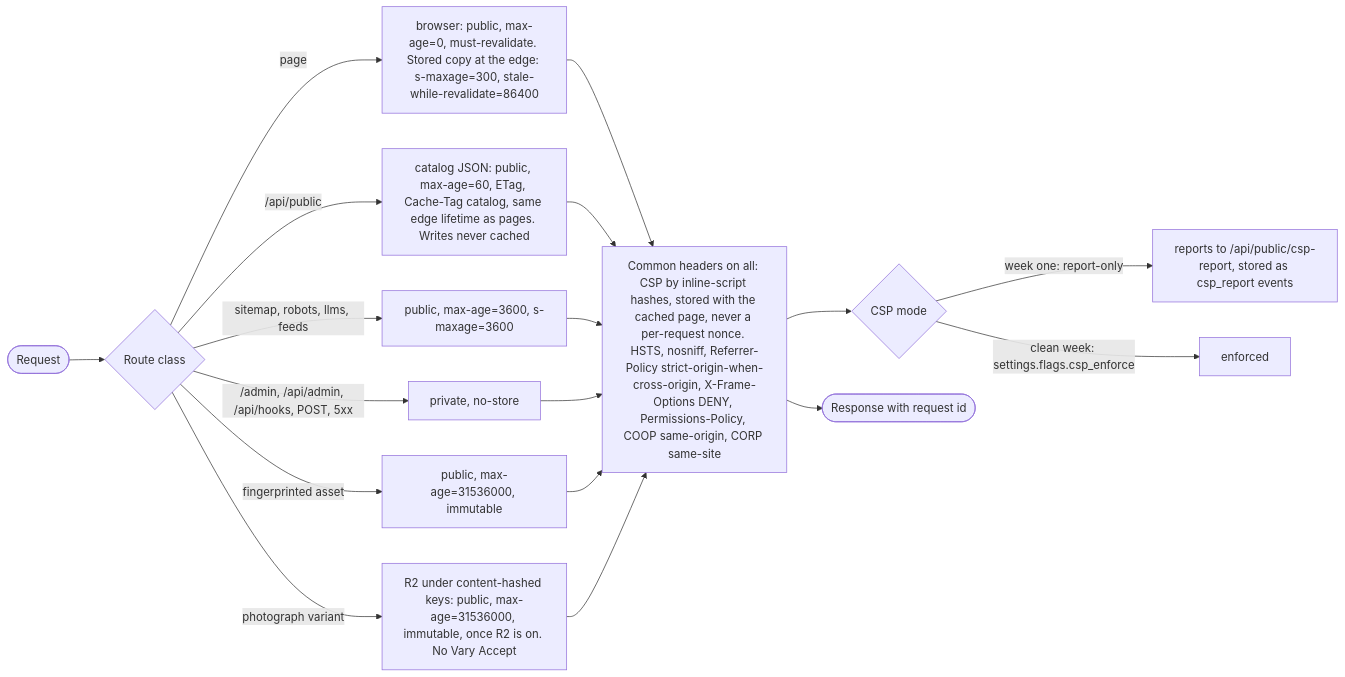
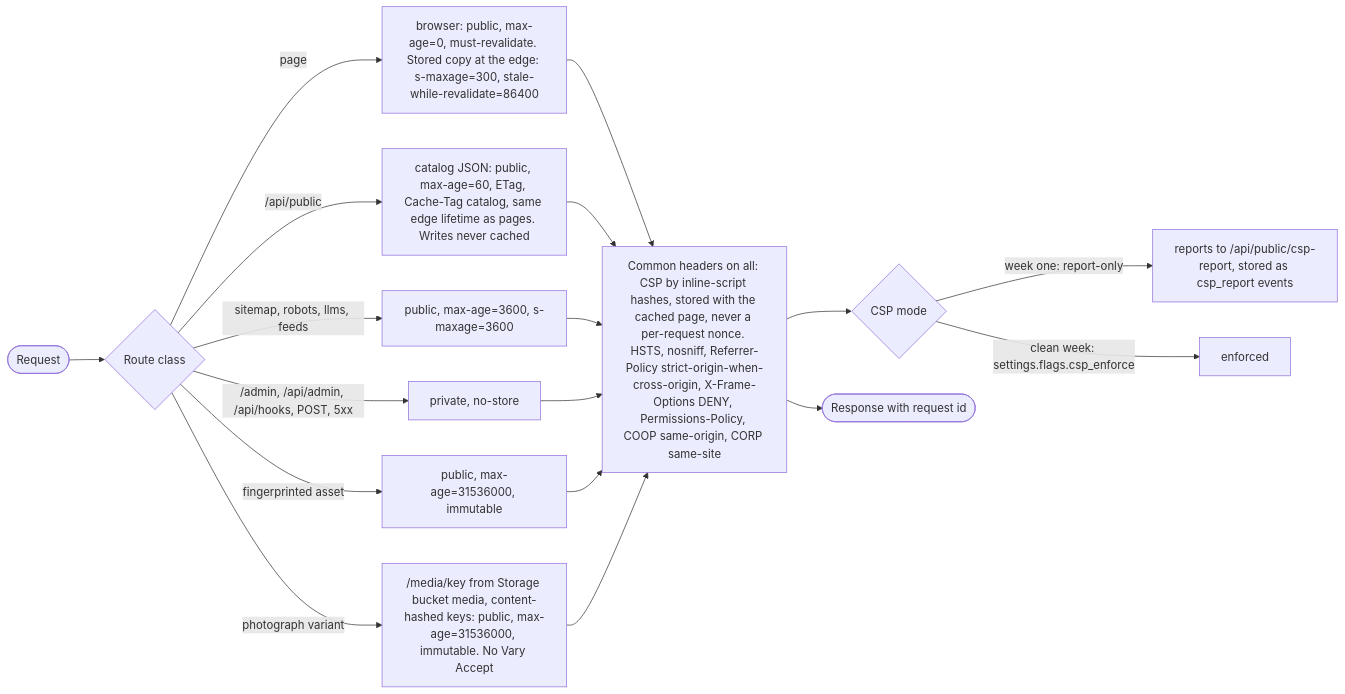
One commit to AbdulrahmanAmer/matter-of-place changed the first of 3 diagrams in workspace/03-diagrams/essentials.md. Above: the diagram before and after it, drawn with Mermaid. The commit also changed other lines of this file and 84 other files, not shown here.

First line of the commit message:
Plans rewritten for three operator decisions: no R2 (Supabase Storage, /media route), captions through the laptop runner, one database with a launch switch; rulings H33 to H37; own files in line

````diff
--- a/workspace/03-diagrams/essentials.md
+++ b/workspace/03-diagrams/essentials.md
@@ -8,15 +8,15 @@
 ```mermaid
 flowchart LR
   REQ([Request]) --> CLS{Route class}
   CLS -->|page| PG["browser: public, max-age=0, must-revalidate. Stored copy at the edge: s-maxage=300, stale-while-revalidate=86400"]
   CLS -->|"/api/public"| AP["catalog JSON: public, max-age=60, ETag, Cache-Tag catalog, same edge lifetime as pages. Writes never cached"]
   CLS -->|"sitemap, robots, llms, feeds"| DOC["public, max-age=3600, s-maxage=3600"]
   CLS -->|"/admin, /api/admin, /api/hooks, POST, 5xx"| AD["private, no-store"]
   CLS -->|fingerprinted asset| AS["public, max-age=31536000, immutable"]
-  CLS -->|photograph variant| IM["R2 under content-hashed keys: public, max-age=31536000, immutable, once R2 is on. No Vary Accept"]
+  CLS -->|photograph variant| IM["/media/key from Storage bucket media, content-hashed keys: public, max-age=31536000, immutable. No Vary Accept"]
   PG & AP & DOC & AD & AS & IM --> H["Common headers on all: CSP by inline-script hashes, stored with the cached page, never a per-request nonce. HSTS, nosniff, Referrer-Policy strict-origin-when-cross-origin, X-Frame-Options DENY, Permissions-Policy, COOP same-origin, CORP same-site"]
   H --> CSP{CSP mode}
   CSP -->|"week one: report-only"| RPT["reports to /api/public/csp-report, stored as csp_report events"]
   CSP -->|"clean week: settings.flags.csp_enforce"| ENF[enforced]
   H --> OUT([Response with request id])
 ```
````
